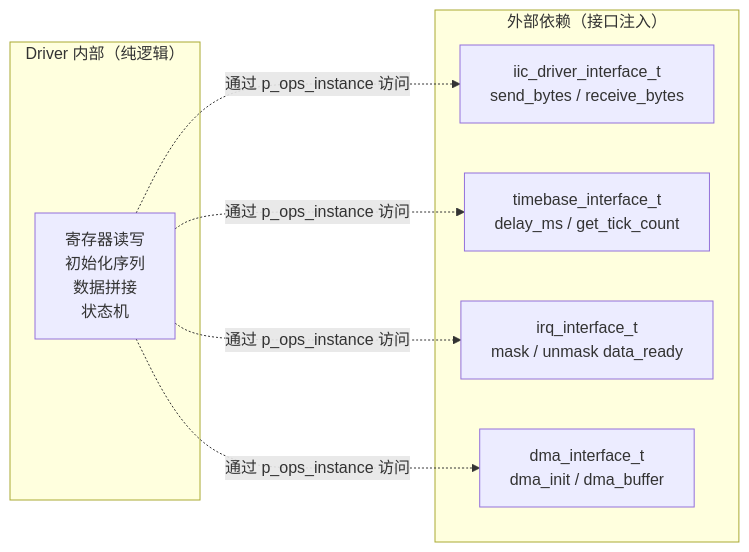
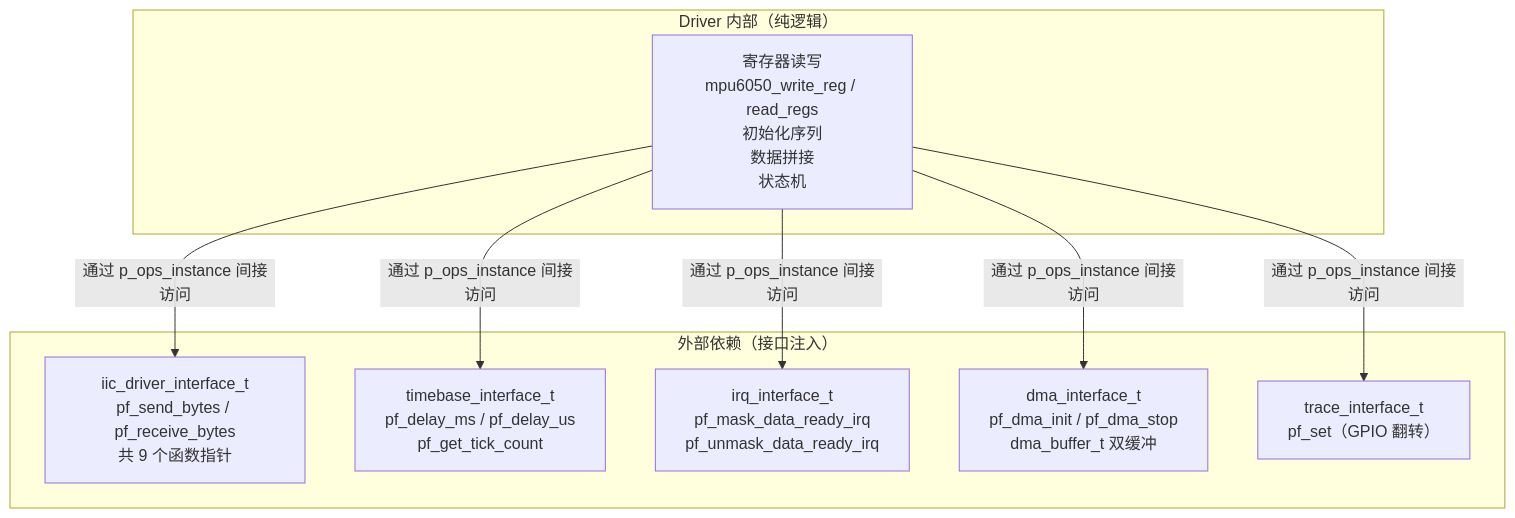
Before and after one commit to shuai-yemao/Deep-In-Embedded: the first of 5 diagrams in 开发板/ARM架构/STM32F411CEU6/MPU6050的driver文件架构设计思路.md, drawn with Mermaid. The commit also changed other lines of this file, not shown here.

````diff
--- a/开发板/ARM架构/STM32F411CEU6/MPU6050的driver文件架构设计思路.md
+++ b/开发板/ARM架构/STM32F411CEU6/MPU6050的driver文件架构设计思路.md
@@ -66,18 +35,20 @@
 ```mermaid
-graph LR
+graph TB
     subgraph "Driver 内部（纯逻辑）"
-        CORE["寄存器读写<br/>初始化序列<br/>数据拼接<br/>状态机"]
+        CORE["寄存器读写<br/>mpu6050_write_reg / read_regs<br/>初始化序列<br/>数据拼接<br/>状态机"]
     end
 
     subgraph "外部依赖（接口注入）"
-        I1["iic_driver_interface_t<br/>send_bytes / receive_bytes"]
-        I2["timebase_interface_t<br/>delay_ms / get_tick_count"]
-        I3["irq_interface_t<br/>mask / unmask data_ready"]
-        I4["dma_interface_t<br/>dma_init / dma_buffer"]
+        I1["iic_driver_interface_t<br/>pf_send_bytes / pf_receive_bytes<br/>共 9 个函数指针"]
+        I2["timebase_interface_t<br/>pf_delay_ms / pf_delay_us<br/>pf_get_tick_count"]
+        I3["irq_interface_t<br/>pf_mask_data_ready_irq<br/>pf_unmask_data_ready_irq"]
+        I4["dma_interface_t<br/>pf_dma_init / pf_dma_stop<br/>dma_buffer_t 双缓冲"]
+        I5["trace_interface_t<br/>pf_set（GPIO 翻转）"]
     end
 
-    CORE -.->|"通过 p_ops_instance 访问"| I1
-    CORE -.->|"通过 p_ops_instance 访问"| I2
-    CORE -.->|"通过 p_ops_instance 访问"| I3
-    CORE -.->|"通过 p_ops_instance 访问"| I4
+    CORE -->|"通过 p_ops_instance 间接访问"| I1
+    CORE -->|"通过 p_ops_instance 间接访问"| I2
+    CORE -->|"通过 p_ops_instance 间接访问"| I3
+    CORE -->|"通过 p_ops_instance 间接访问"| I4
+    CORE -->|"通过 p_ops_instance 间接访问"| I5
 ```
````
